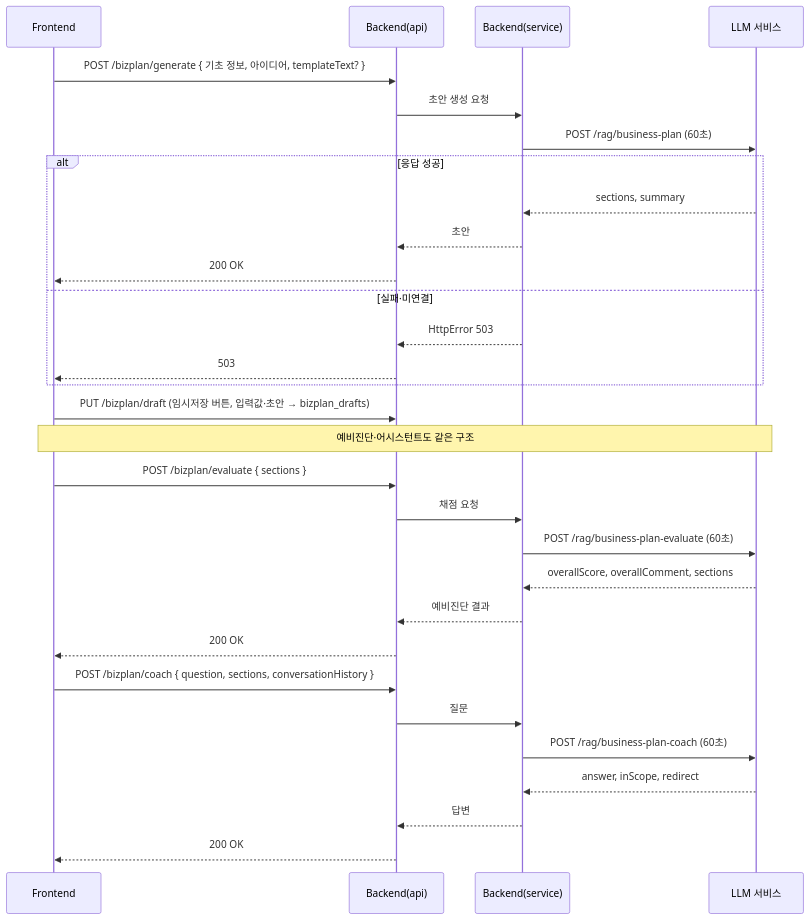
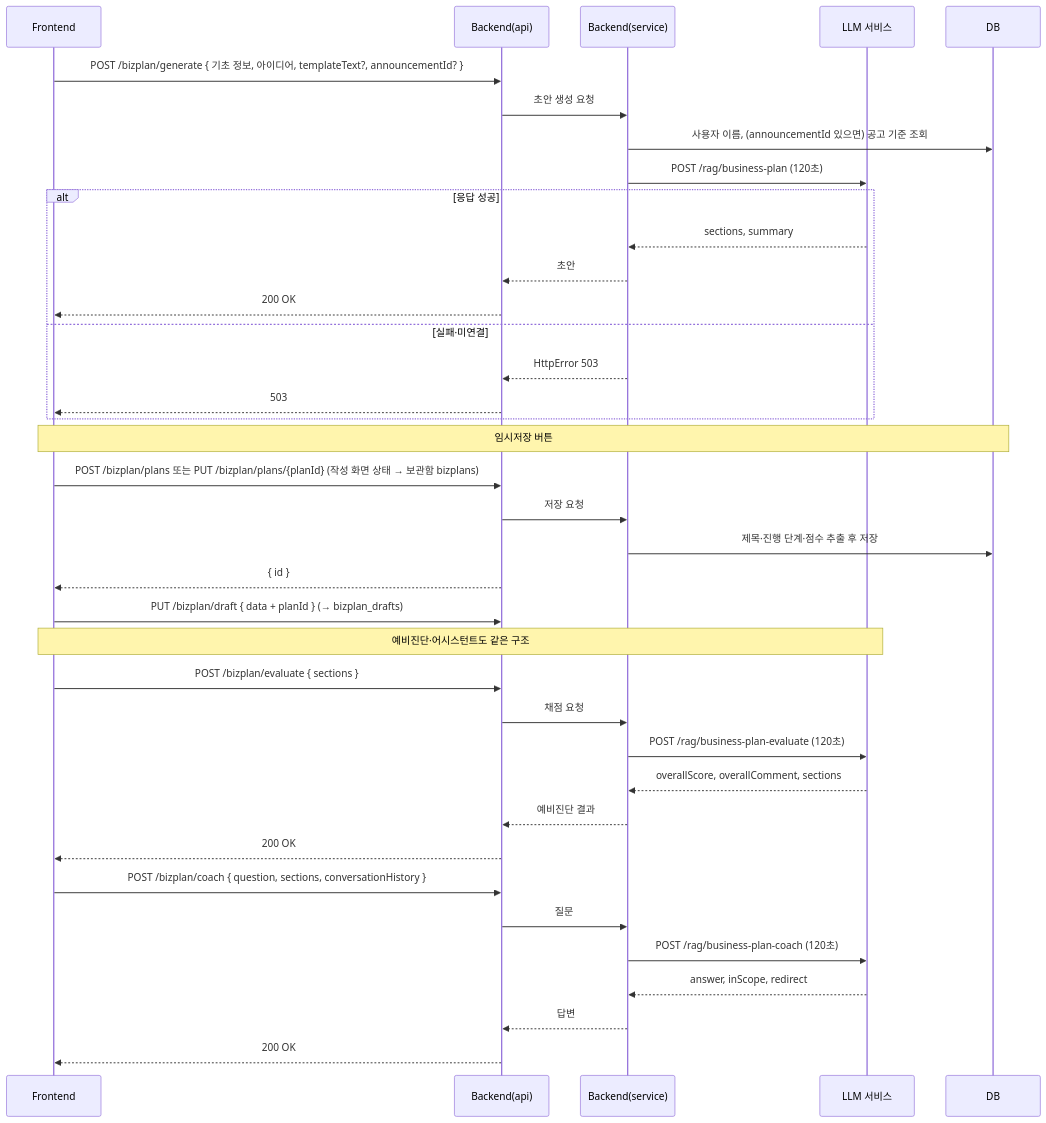
The fifth of 5 diagrams in Docs/Design/SEQUENCE.md (SKNETWORKS-FAMILY-AICAMP/SKN34-4th-3Team), drawn with Mermaid before and after one commit. The commit also changed other lines of this file and 38 other files, not shown here.

````diff
--- a/Docs/Design/SEQUENCE.md
+++ b/Docs/Design/SEQUENCE.md
@@ -161,34 +166,41 @@
 ```mermaid
 sequenceDiagram
     participant FE as Frontend
     participant API as Backend(api)
     participant SVC as Backend(service)
     participant LLM as LLM 서비스
+    participant DB as DB
 
-    FE->>API: POST /bizplan/generate { 기초 정보, 아이디어, templateText? }
+    FE->>API: POST /bizplan/generate { 기초 정보, 아이디어, templateText?, announcementId? }
     API->>SVC: 초안 생성 요청
-    SVC->>LLM: POST /rag/business-plan (60초)
+    SVC->>DB: 사용자 이름, (announcementId 있으면) 공고 기준 조회
+    SVC->>LLM: POST /rag/business-plan (120초)
     alt 응답 성공
         LLM-->>SVC: sections, summary
         SVC-->>API: 초안
         API-->>FE: 200 OK
     else 실패·미연결
         SVC-->>API: HttpError 503
         API-->>FE: 503
     end
-    FE->>API: PUT /bizplan/draft (임시저장 버튼, 입력값·초안 → bizplan_drafts)
+    Note over FE,DB: 임시저장 버튼
+    FE->>API: POST /bizplan/plans 또는 PUT /bizplan/plans/{planId} (작성 화면 상태 → 보관함 bizplans)
+    API->>SVC: 저장 요청
+    SVC->>DB: 제목·진행 단계·점수 추출 후 저장
+    API-->>FE: { id }
+    FE->>API: PUT /bizplan/draft { data + planId } (→ bizplan_drafts)
 
     Note over FE,LLM: 예비진단·어시스턴트도 같은 구조
     FE->>API: POST /bizplan/evaluate { sections }
     API->>SVC: 채점 요청
-    SVC->>LLM: POST /rag/business-plan-evaluate (60초)
+    SVC->>LLM: POST /rag/business-plan-evaluate (120초)
     LLM-->>SVC: overallScore, overallComment, sections
     SVC-->>API: 예비진단 결과
     API-->>FE: 200 OK
     FE->>API: POST /bizplan/coach { question, sections, conversationHistory }
     API->>SVC: 질문
-    SVC->>LLM: POST /rag/business-plan-coach (60초)
+    SVC->>LLM: POST /rag/business-plan-coach (120초)
     LLM-->>SVC: answer, inScope, redirect
     SVC-->>API: 답변
     API-->>FE: 200 OK
 ```
````
